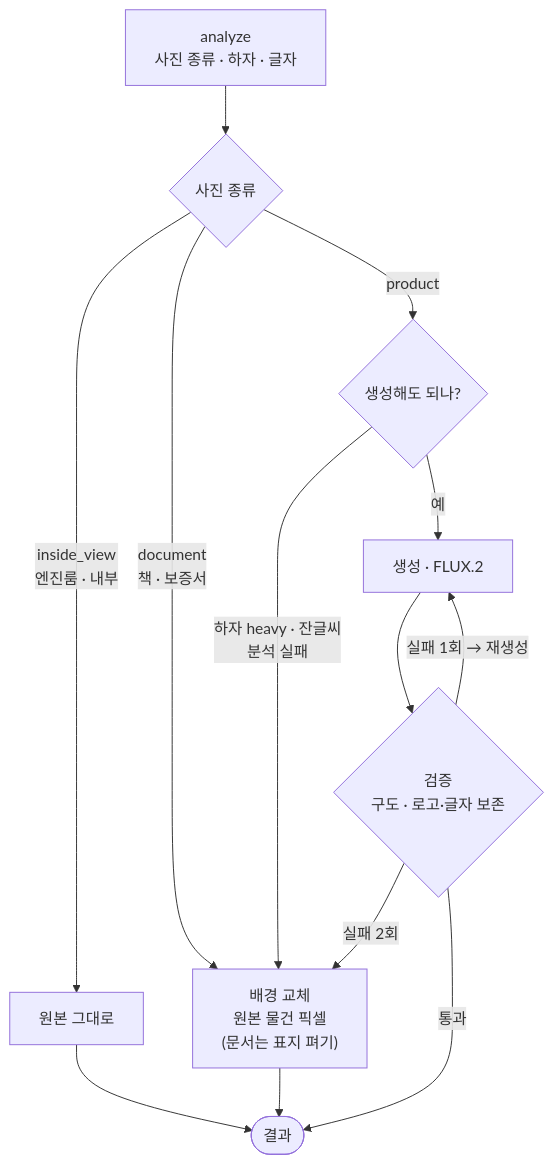
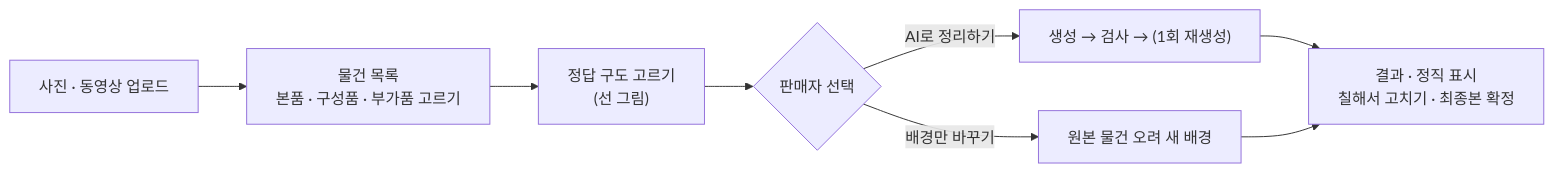
Before and after one commit to cha0620/Carret-App: the diagram in Readme.ko.md, drawn with Mermaid. The commit also changed other lines of this file and 49 other files, not shown here.

````diff
--- a/Readme.ko.md
+++ b/Readme.ko.md
@@ -72,15 +44,10 @@
 ```mermaid
-flowchart TD
-  A["analyze<br/>사진 종류 · 하자 · 글자"] --> P{"사진 종류"}
-  P -->|"inside_view<br/>엔진룸 · 내부"| O["원본 그대로"]
-  P -->|"document<br/>책 · 보증서"| X["배경 교체<br/>원본 물건 픽셀<br/>(문서는 표지 펴기)"]
-  P -->|product| C{"생성해도 되나?"}
-  C -->|"하자 heavy · 잔글씨<br/>분석 실패"| X
-  C -->|예| G["생성 · FLUX.2"]
-  G --> V{"검증<br/>구도 · 로고·글자 보존"}
-  V -->|"실패 1회 → 재생성"| G
-  V -->|"실패 2회"| X
-  V -->|통과| R(["결과"])
-  X --> R
-  O --> R
+flowchart LR
+  U["사진 · 동영상 업로드"] --> L["물건 목록<br/>본품 · 구성품 · 부가품 고르기"]
+  L --> R["정답 구도 고르기<br/>(선 그림)"]
+  R --> C{"판매자 선택"}
+  C -->|AI로 정리하기| G["생성 → 검사 → (1회 재생성)"]
+  C -->|배경만 바꾸기| B["원본 물건 오려 새 배경"]
+  G --> F["결과 · 정직 표시<br/>칠해서 고치기 · 최종본 확정"]
+  B --> F
 ```
````
